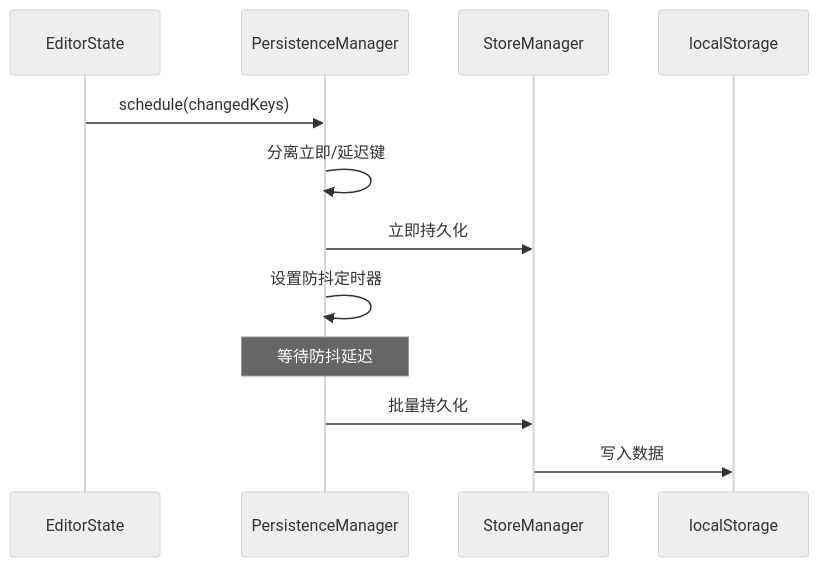
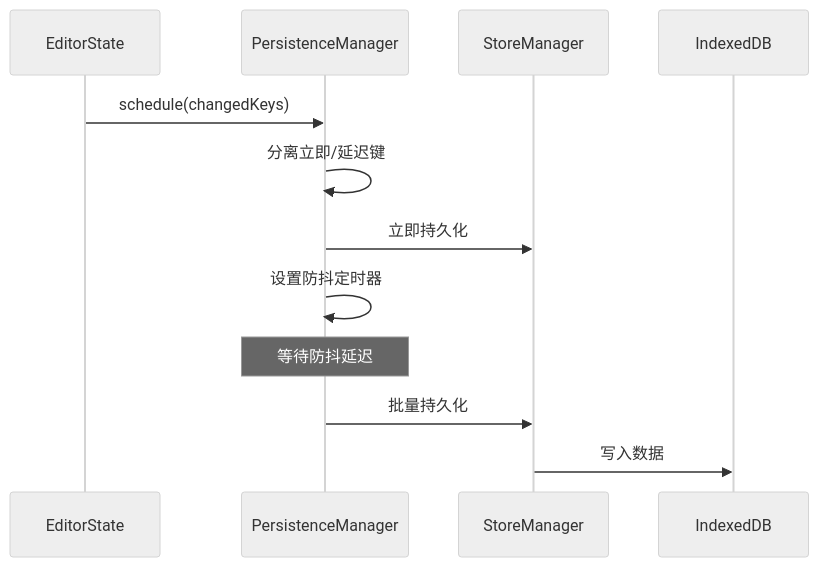
The tenth of 15 diagrams in docs/arch.md (ZCShou/markdown), drawn with Mermaid (neutral theme) before and after one commit. The commit also changed other lines of this file and 4 other files, not shown here.

Commit message:
refactor: remove localStorage migration logic and simplify test setup

````diff
--- a/docs/arch.md
+++ b/docs/arch.md
@@ -1465,15 +1303,15 @@
 ```mermaid
 sequenceDiagram
     participant S as EditorState
     participant P as PersistenceManager
     participant ST as StoreManager
-    participant L as localStorage
+    participant I as IndexedDB
 
     S->>P: schedule(changedKeys)
     P->>P: 分离立即/延迟键
     P->>ST: 立即持久化
     P->>P: 设置防抖定时器
     Note over P: 等待防抖延迟
     P->>ST: 批量持久化
-    ST->>L: 写入数据
+    ST->>I: 写入数据
 ```
````
